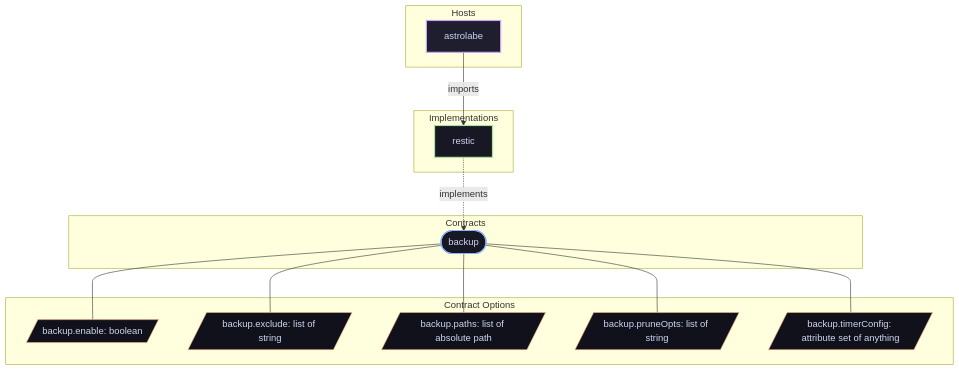
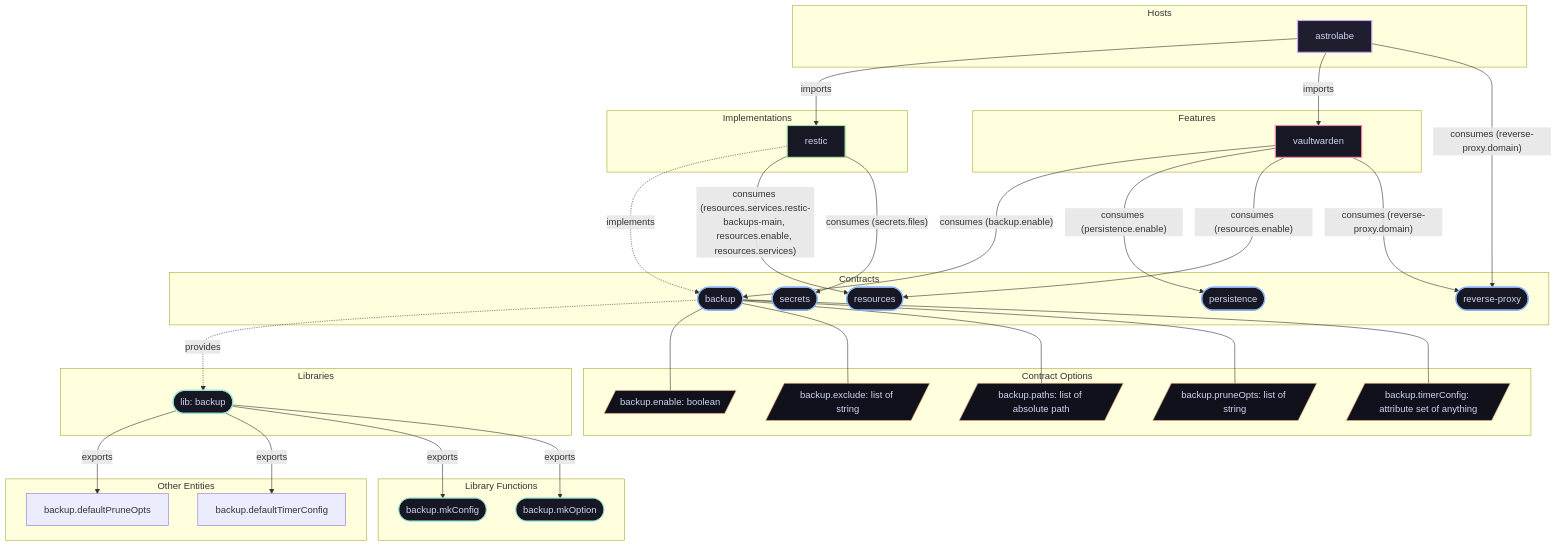
Before and after one commit to LW-54/nixconf: the diagram in docs/contracts/backup.md, drawn with Mermaid. The commit also changed other lines of this file and 66 other files, not shown here.

Commit message:
feat: flake schemas

````diff
--- a/docs/contracts/backup.md
+++ b/docs/contracts/backup.md
@@ -15,43 +15,78 @@
 ```mermaid
 flowchart TD
     subgraph Hosts["Hosts"]
         host__astrolabe["astrolabe"]:::hostNode
     end
 
     subgraph Contracts["Contracts"]
         contract__backup(["backup"]):::contractNode
+        contract__persistence(["persistence"]):::contractNode
+        contract__resources(["resources"]):::contractNode
+        contract__reverse_proxy(["reverse-proxy"]):::contractNode
+        contract__secrets(["secrets"]):::contractNode
     end
 
     subgraph Implementations["Implementations"]
         impl__restic["restic"]:::implNode
+    end
+
+    subgraph Features["Features"]
+        feature__vaultwarden["vaultwarden"]:::featureNode
+    end
+
+    subgraph Libraries["Libraries"]
+        lib__backup(["lib: backup"]):::libNode
     end
 
     subgraph ContractOptions["Contract Options"]
         opt__backup_enable[/"backup.enable: boolean"/]:::optNode
         opt__backup_exclude[/"backup.exclude: list of string"/]:::optNode
         opt__backup_paths[/"backup.paths: list of absolute path"/]:::optNode
         opt__backup_pruneOpts[/"backup.pruneOpts: list of string"/]:::optNode
         opt__backup_timerConfig[/"backup.timerConfig: attribute set of anything"/]:::optNode
     end
 
+    subgraph Functions["Library Functions"]
+        fn__backup_mkConfig(["backup.mkConfig"]):::fnNode
+        fn__backup_mkOption(["backup.mkOption"]):::fnNode
+    end
+
+    subgraph OtherNodes["Other Entities"]
+        fn__backup_defaultPruneOpts["backup.defaultPruneOpts"]
+        fn__backup_defaultTimerConfig["backup.defaultTimerConfig"]
+    end
+
 
     host__astrolabe -->|"imports"| impl__restic
+    host__astrolabe -->|"imports"| feature__vaultwarden
     impl__restic -.->|"implements"| contract__backup
+    host__astrolabe -->|"consumes (reverse-proxy.domain)"| contract__reverse_proxy
+    feature__vaultwarden -->|"consumes (backup.enable)"| contract__backup
+    feature__vaultwarden -->|"consumes (persistence.enable)"| contract__persistence
+    feature__vaultwarden -->|"consumes (resources.enable)"| contract__resources
+    feature__vaultwarden -->|"consumes (reverse-proxy.domain)"| contract__reverse_proxy
+    impl__restic -->|"consumes (resources.services.restic-backups-main, resources.enable, resources.services)"| contract__resources
+    impl__restic -->|"consumes (secrets.files)"| contract__secrets
+    contract__backup -.->|"provides"| lib__backup
     contract__backup --- opt__backup_enable
     contract__backup --- opt__backup_exclude
     contract__backup --- opt__backup_paths
     contract__backup --- opt__backup_pruneOpts
     contract__backup --- opt__backup_timerConfig
+    lib__backup -->|"exports"| fn__backup_defaultPruneOpts
+    lib__backup -->|"exports"| fn__backup_defaultTimerConfig
+    lib__backup -->|"exports"| fn__backup_mkConfig
+    lib__backup -->|"exports"| fn__backup_mkOption
 
 classDef hostNode fill:#1e1e2e,stroke:#cba6f7,stroke-width:2px,color:#cdd6f4;
 classDef contractNode fill:#181825,stroke:#89b4fa,stroke-width:2px,color:#cdd6f4;
 classDef implNode fill:#181825,stroke:#a6e3a1,stroke-width:2px,color:#cdd6f4;
 classDef featureNode fill:#181825,stroke:#f38ba8,stroke-width:2px,color:#cdd6f4;
 classDef libNode fill:#181825,stroke:#94e2d5,stroke-width:2px,color:#cdd6f4;
 classDef optNode fill:#11111b,stroke:#fab387,stroke-width:1px,color:#cdd6f4;
 classDef typeNode fill:#11111b,stroke:#f9e2af,stroke-width:1px,color:#cdd6f4;
 classDef fnNode fill:#181825,stroke:#94e2d5,stroke-width:1px,color:#cdd6f4;
 classDef pkgNode fill:#181825,stroke:#b4befe,stroke-width:1px,color:#cdd6f4;
 classDef shellNode fill:#181825,stroke:#f5c2e7,stroke-width:1px,color:#cdd6f4;
 
 ```
````
